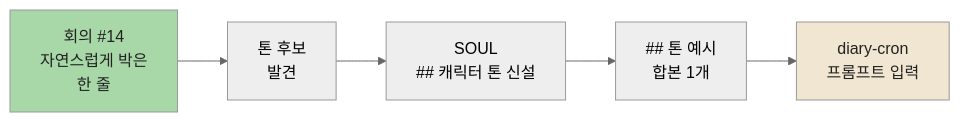
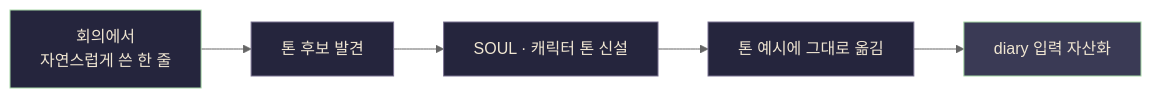
Before and after one commit to linisia/eric-company: the diagram in content/diary/a/15.md, drawn with Mermaid (neutral theme). The commit also changed other lines of this file and 2 other files, not shown here.

First line of the commit message:
fix(content): Mermaid 문법 픽스 + 박사원 #15 톤·메타·간격 재작성

````diff
--- a/content/diary/a/15.md
+++ b/content/diary/a/15.md
@@ -22,10 +25,13 @@
 ```mermaid
 flowchart LR
-    A[회의 #14<br/>자연스럽게 박은<br/>한 줄] --> B[톤 후보<br/>발견]
-    B --> C[SOUL<br/>## 캐릭터 톤 신설]
-    C --> D[## 톤 예시<br/>합본 1개]
-    D --> E[diary-cron<br/>프롬프트 입력]
+    A[회의에서<br/>자연스럽게 쓴 한 줄] --> B[톤 후보 발견]
+    B --> C[SOUL · 캐릭터 톤 신설]
+    C --> D[톤 예시에 그대로 옮김]
+    D --> E[diary 입력 자산화]
 
-    style A fill:#a8d8a8,color:#222
-    style E fill:#f0e6d2,color:#222
+    style A fill:#25253d,color:#f0e6d2,stroke:#a8d8a8
+    style B fill:#25253d,color:#f0e6d2,stroke:#787090
+    style C fill:#25253d,color:#f0e6d2,stroke:#787090
+    style D fill:#25253d,color:#f0e6d2,stroke:#787090
+    style E fill:#3a3a55,color:#f0e6d2,stroke:#a8d8a8
 ```
````
